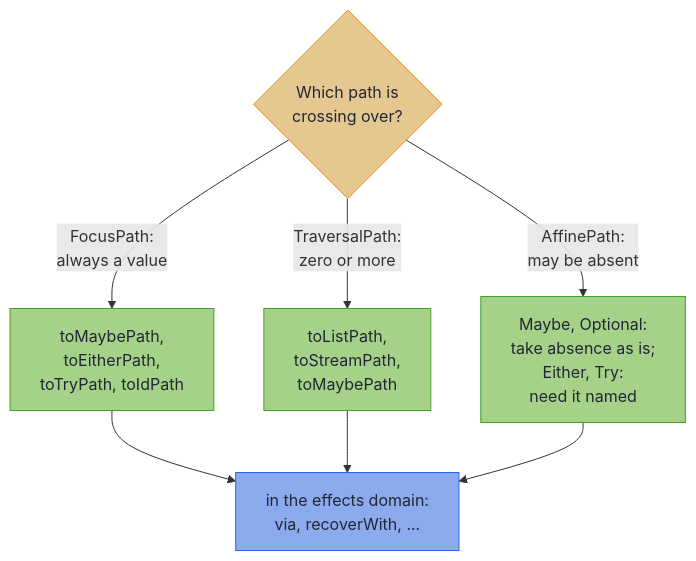
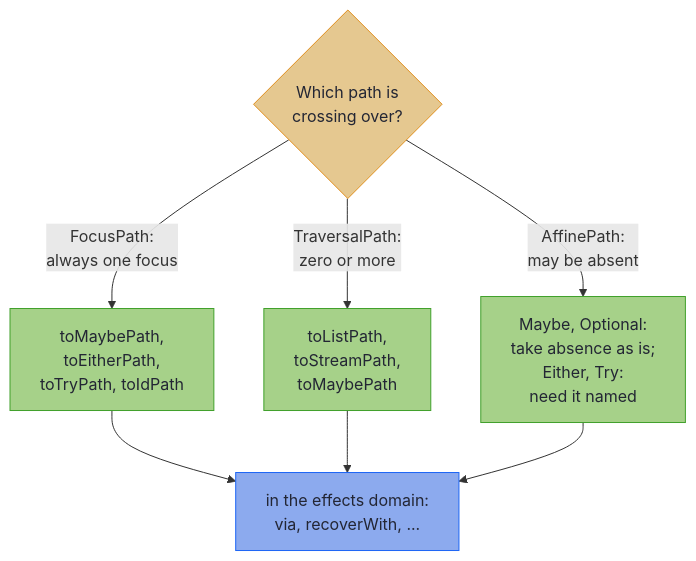
The diagram in latest/optics/focus_effects.md (higher-kinded-j/higher-kinded-j.github.io), drawn with Mermaid before and after one commit. The commit also changed other lines of this file and 20 other files, not shown here.

````diff
--- a/latest/optics/focus_effects.md
+++ b/latest/optics/focus_effects.md
@@ -155,19 +155,19 @@
 ```mermaid
 flowchart TD
     accTitle: Crossing from a Focus path into an effect
-    accDescr: A FocusPath, always a value, crosses with toMaybePath, toEitherPath, toTryPath or toIdPath. A TraversalPath, zero or more, crosses with toListPath, toStreamPath or toMaybePath. An AffinePath, which may be absent, crosses into Maybe or Optional as it is, while Either and Try need the absent case named. All three arrive in the effects domain, where via and recoverWith apply.
+    accDescr: A FocusPath, always one focus, crosses with toMaybePath, toEitherPath, toTryPath or toIdPath. A TraversalPath, zero or more, crosses with toListPath, toStreamPath or toMaybePath. An AffinePath, which may be absent, crosses into Maybe or Optional as it is, while Either and Try need the absent case named. All three arrive in the effects domain, where via and recoverWith apply.
     P{"Which path is<br/>crossing over?"}
-    P -->|"FocusPath:<br/>always a value"| S["toMaybePath,<br/>toEitherPath,<br/>toTryPath, toIdPath"]
+    P -->|"FocusPath:<br/>always one focus"| S["toMaybePath,<br/>toEitherPath,<br/>toTryPath, toIdPath"]
     P -->|"TraversalPath:<br/>zero or more"| L["toListPath,<br/>toStreamPath,<br/>toMaybePath"]
     P -->|"AffinePath:<br/>may be absent"| N["Maybe, Optional:<br/>take absence as is;<br/>Either, Try:<br/>need it named"]
     S --> E["in the effects domain:<br/>via, recoverWith, ..."]
     L --> E
     N --> E
 
     classDef decision fill:#e5c890,stroke:#df8e1d,color:#232634
     classDef tier fill:#a6d189,stroke:#40a02b,color:#232634
     classDef wire fill:#8caaee,stroke:#1e66f5,color:#232634
     class P decision
     class S,L,N tier
     class E wire
 ```
````
